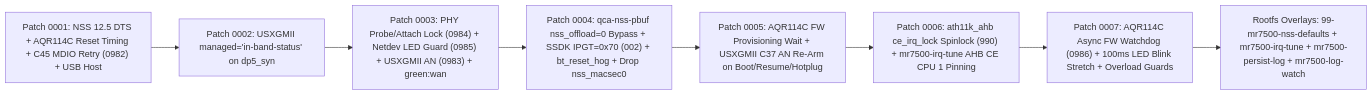
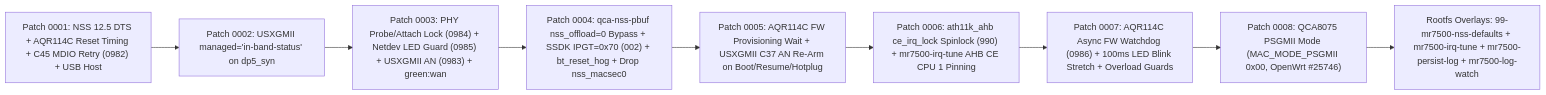
Before and after one commit to SanjayRavindran/Linksys-MR7500-NSS: the third of 6 diagrams in docs/ARCHITECTURE_AND_EXPERIENCE_LOG.md, drawn with Mermaid. The commit also changed other lines of this file and 13 other files, not shown here.

Commit message:
docs & cleanup: update MR7500 docs for Patch 0008 PSGMII, add Mermaid flowcharts, and harden TC-05

````diff
--- a/docs/ARCHITECTURE_AND_EXPERIENCE_LOG.md
+++ b/docs/ARCHITECTURE_AND_EXPERIENCE_LOG.md
@@ -91,10 +93,11 @@
 ```mermaid
 flowchart LR
     P1["Patch 0001: NSS 12.5 DTS + AQR114C Reset Timing + C45 MDIO Retry (0982) + USB Host"] --> P2["Patch 0002: USXGMII managed='in-band-status' on dp5_syn"]
     P2 --> P3["Patch 0003: PHY Probe/Attach Lock (0984) + Netdev LED Guard (0985) + USXGMII AN (0983) + green:wan"]
     P3 --> P4["Patch 0004: qca-nss-pbuf nss_offload=0 Bypass + SSDK IPGT=0x70 (002) + bt_reset_hog + Drop nss_macsec0"]
     P4 --> P5["Patch 0005: AQR114C FW Provisioning Wait + USXGMII C37 AN Re-Arm on Boot/Resume/Hotplug"]
     P5 --> P6["Patch 0006: ath11k_ahb ce_irq_lock Spinlock (990) + mr7500-irq-tune AHB CE CPU 1 Pinning"]
     P6 --> P7["Patch 0007: AQR114C Async FW Watchdog (0986) + 100ms LED Blink Stretch + Overload Guards"]
-    P7 --> OV["Rootfs Overlays: 99-mr7500-nss-defaults + mr7500-irq-tune + mr7500-persist-log + mr7500-log-watch"]
+    P7 --> P8["Patch 0008: QCA8075 PSGMII Mode (MAC_MODE_PSGMII 0x00, OpenWrt #25746)"]
+    P8 --> OV["Rootfs Overlays: 99-mr7500-nss-defaults + mr7500-irq-tune + mr7500-persist-log + mr7500-log-watch"]
 ```
````
